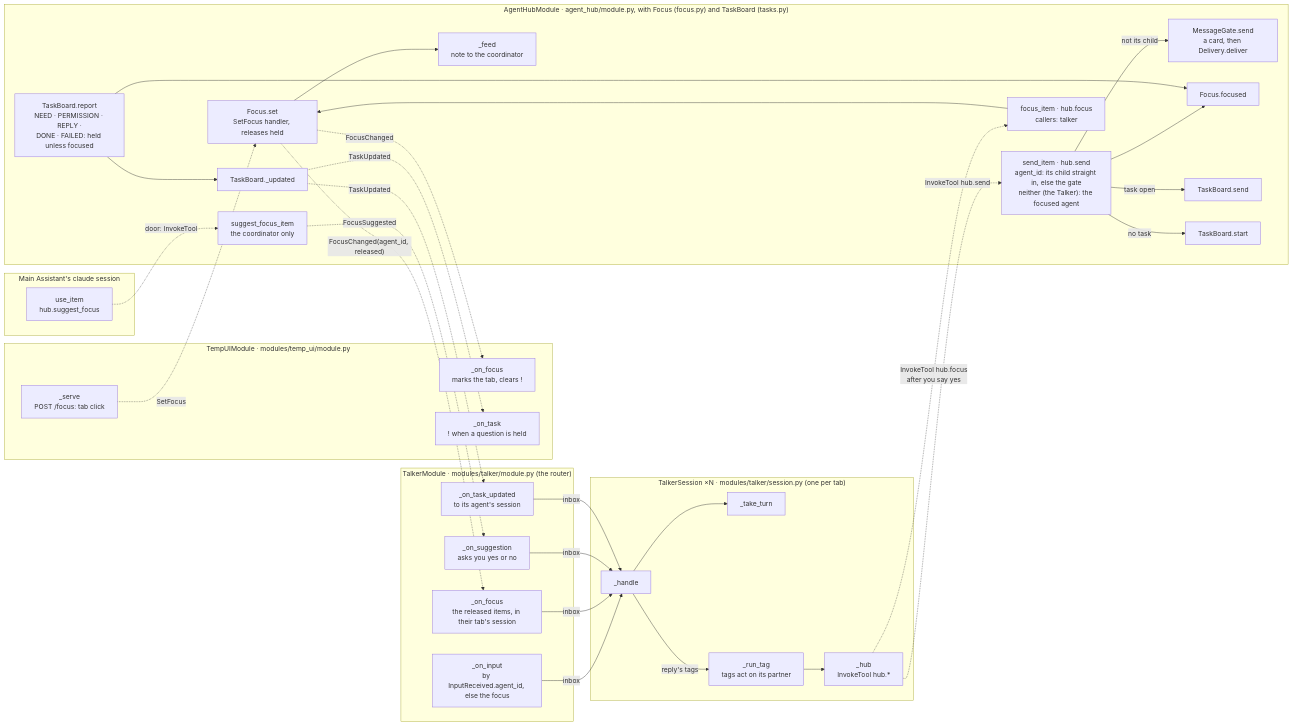
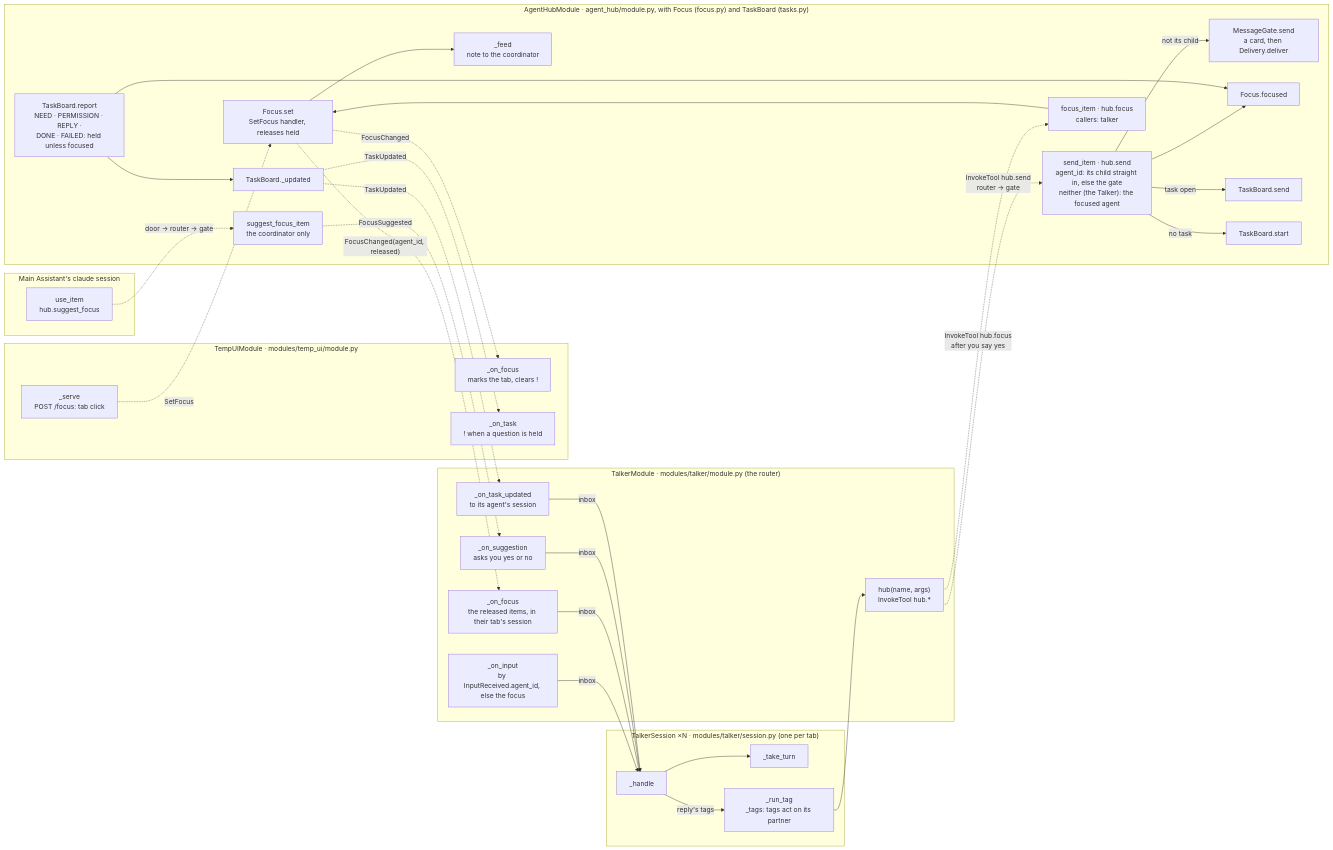
Before and after one commit to sharramon/AI_Assistant: the first of 3 diagrams in docs/architecture/agents-code.md, drawn with Mermaid. The commit also changed other lines of this file and 84 other files, not shown here.

Commit message:
Architecture docs audit: pages checked against the code; seven new SVGs replace the six stale ones; the README bird's-eye; API pages; links to deleted notes fixed; the audit note

````diff
--- a/docs/architecture/agents-code.md
+++ b/docs/architecture/agents-code.md
@@ -32,67 +41,67 @@
 ```mermaid
 flowchart LR
   subgraph UI["TempUIModule · modules/temp_ui/module.py"]
     ui_serve["_serve<br/>POST /focus: tab click"]
     ui_focus["_on_focus<br/>marks the tab, clears !"]
     ui_task["_on_task<br/>! when a question is held"]
   end
 
   subgraph TK["TalkerModule · modules/talker/module.py (the router)"]
     tk_input["_on_input<br/>by InputReceived.agent_id, else the focus"]
     tk_fc["_on_focus<br/>the released items, in their tab's session"]
     tk_sug["_on_suggestion<br/>asks you yes or no"]
     tk_tu["_on_task_updated<br/>to its agent's session"]
+    tk_hub["hub(name, args)<br/>InvokeTool hub.*"]
   end
 
   subgraph TS["TalkerSession ×N · modules/talker/session.py (one per tab)"]
     tk_handle["_handle"]
     tk_turn["_take_turn"]
-    tk_tag["_run_tag<br/>tags act on its partner"]
-    tk_hub["_hub<br/>InvokeTool hub.*"]
+    tk_tag["_run_tag<br/>_tags: tags act on its partner"]
   end
 
   subgraph MCL["Main Assistant's claude session"]
     mcl_use["use_item<br/>hub.suggest_focus"]
   end
 
   subgraph HUB["AgentHubModule · agent_hub/module.py, with Focus (focus.py) and TaskBoard (tasks.py)"]
     h_send_item["send_item · hub.send<br/>agent_id: its child straight in, else the gate<br/>neither (the Talker): the focused agent"]
     h_gate["MessageGate.send<br/>a card, then Delivery.deliver"]
     h_focus_item["focus_item · hub.focus<br/>callers: talker"]
     h_suggest["suggest_focus_item<br/>the coordinator only"]
     h_setfocus["Focus.set<br/>SetFocus handler, releases held"]
     h_focused["Focus.focused"]
     h_report["TaskBoard.report<br/>NEED · PERMISSION · REPLY ·<br/>DONE · FAILED: held unless focused"]
     h_sendtask["TaskBoard.send"]
     h_start["TaskBoard.start"]
     h_updated["TaskBoard._updated"]
     h_feed["_feed<br/>note to the coordinator"]
   end
 
   ui_serve -. "SetFocus" .-> h_setfocus
   tk_input -- "inbox" --> tk_handle
   tk_fc -- "inbox" --> tk_handle
   tk_sug -- "inbox" --> tk_handle
   tk_tu -- "inbox" --> tk_handle
   tk_handle --> tk_turn
   tk_handle -- "reply's tags" --> tk_tag
   tk_tag --> tk_hub
-  tk_hub -. "InvokeTool hub.send" .-> h_send_item
+  tk_hub -. "InvokeTool hub.send<br/>router → gate" .-> h_send_item
   tk_hub -. "InvokeTool hub.focus<br/>after you say yes" .-> h_focus_item
-  mcl_use -. "door: InvokeTool" .-> h_suggest
+  mcl_use -. "door → router → gate" .-> h_suggest
 
   h_send_item --> h_focused
   h_send_item -- "task open" --> h_sendtask
   h_send_item -- "no task" --> h_start
   h_send_item -- "not its child" --> h_gate
   h_focus_item --> h_setfocus
   h_setfocus --> h_feed
   h_report --> h_focused
   h_report --> h_updated
 
   h_suggest -. "FocusSuggested" .-> tk_sug
   h_setfocus -. "FocusChanged(agent_id, released)" .-> tk_fc
   h_setfocus -. "FocusChanged" .-> ui_focus
   h_updated -. "TaskUpdated" .-> tk_tu
   h_updated -. "TaskUpdated" .-> ui_task
 ```
````
